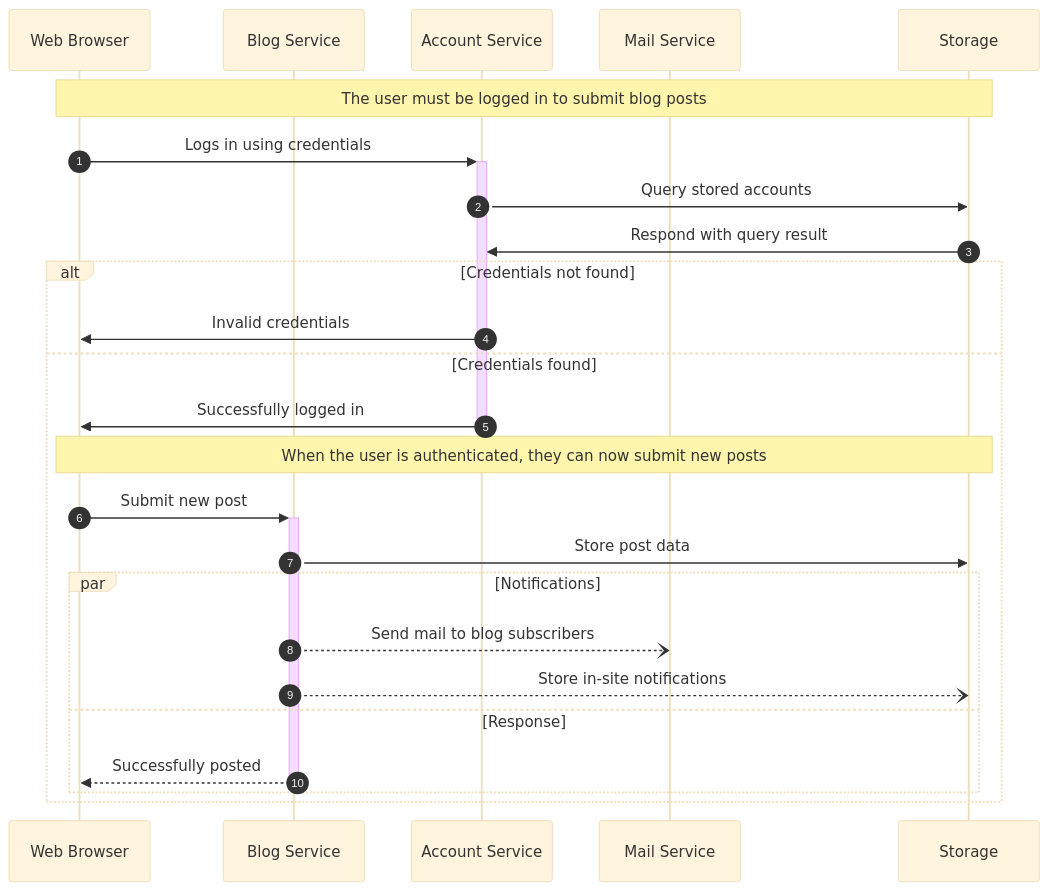
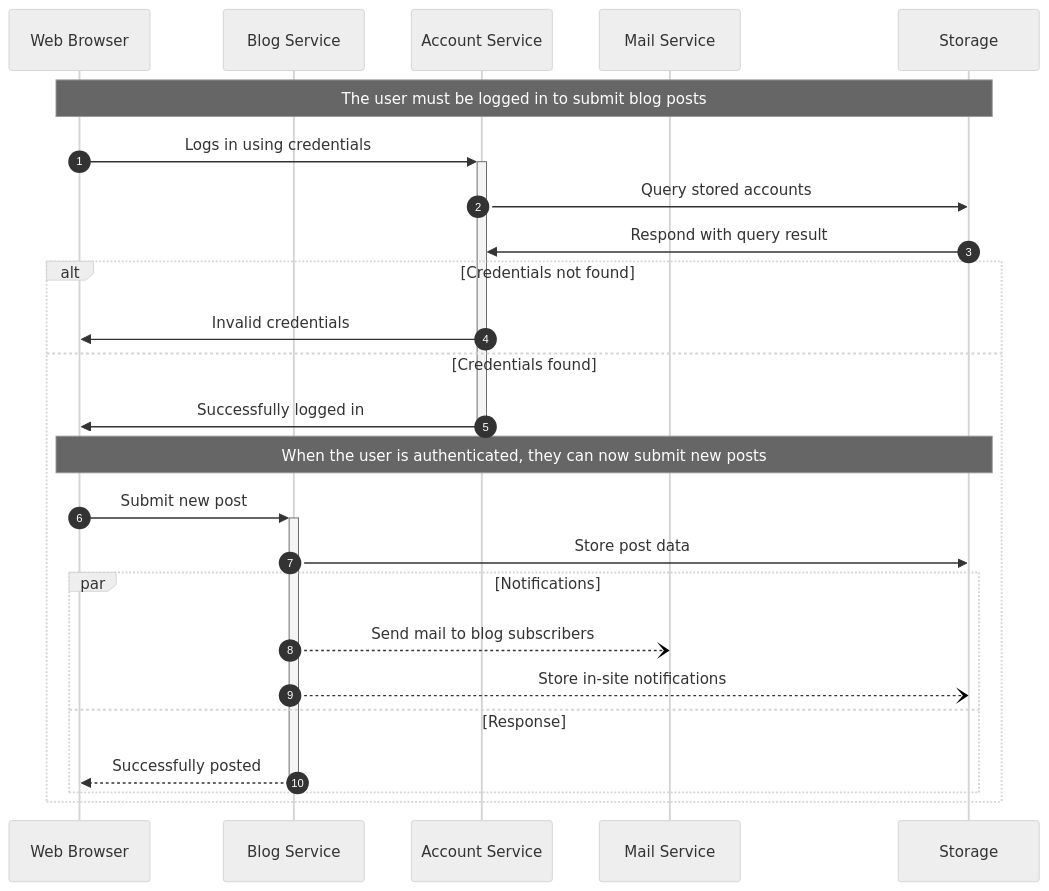
One commit to Kuziomkin/diagrams changed the sixth of 7 diagrams in erd_example.md. Above: the diagram before and after it, drawn with Mermaid. The commit also changed other lines of this file, not shown here.

````diff
--- a/erd_example.md
+++ b/erd_example.md
@@ -98,37 +98,37 @@
 ```mermaid
 ---
 config:
   layout: dagre
   look: classic
-  theme: base
+  theme: neutral
 ---
     sequenceDiagram
         autonumber
         participant web as Web Browser
         participant blog as Blog Service
         participant account as Account Service
         participant mail as Mail Service
         participant db as Storage
     
         Note over web,db: The user must be logged in to submit blog posts
         web->>+account: Logs in using credentials
         account->>db: Query stored accounts
         db->>account: Respond with query result
     
         alt Credentials not found
             account->>web: Invalid credentials
         else Credentials found
             account->>-web: Successfully logged in
     
             Note over web,db: When the user is authenticated, they can now submit new posts
             web->>+blog: Submit new post
             blog->>db: Store post data
     
             par Notifications
                 blog--)mail: Send mail to blog subscribers
                 blog--)db: Store in-site notifications
             and Response
                 blog-->>-web: Successfully posted
             end
         end
 ```
````
